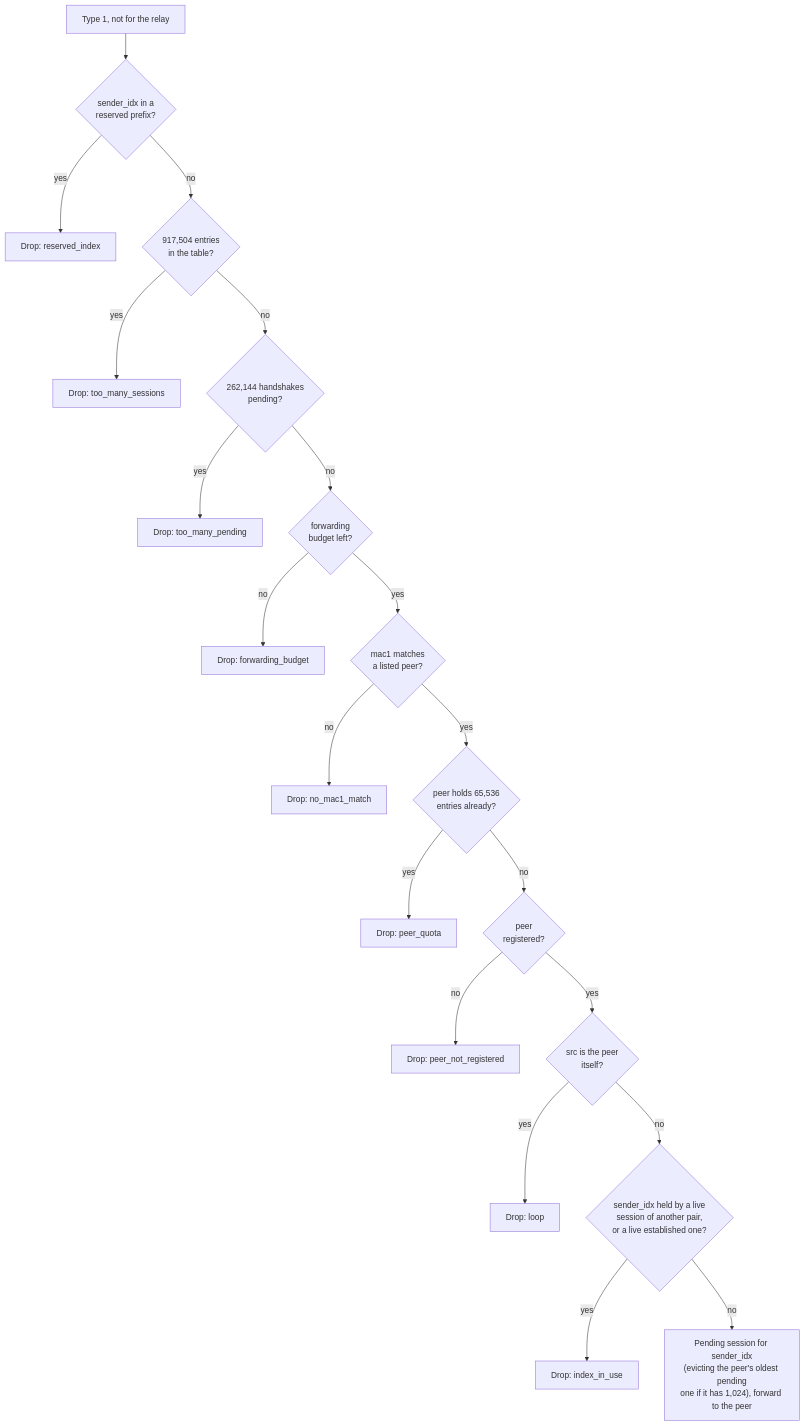
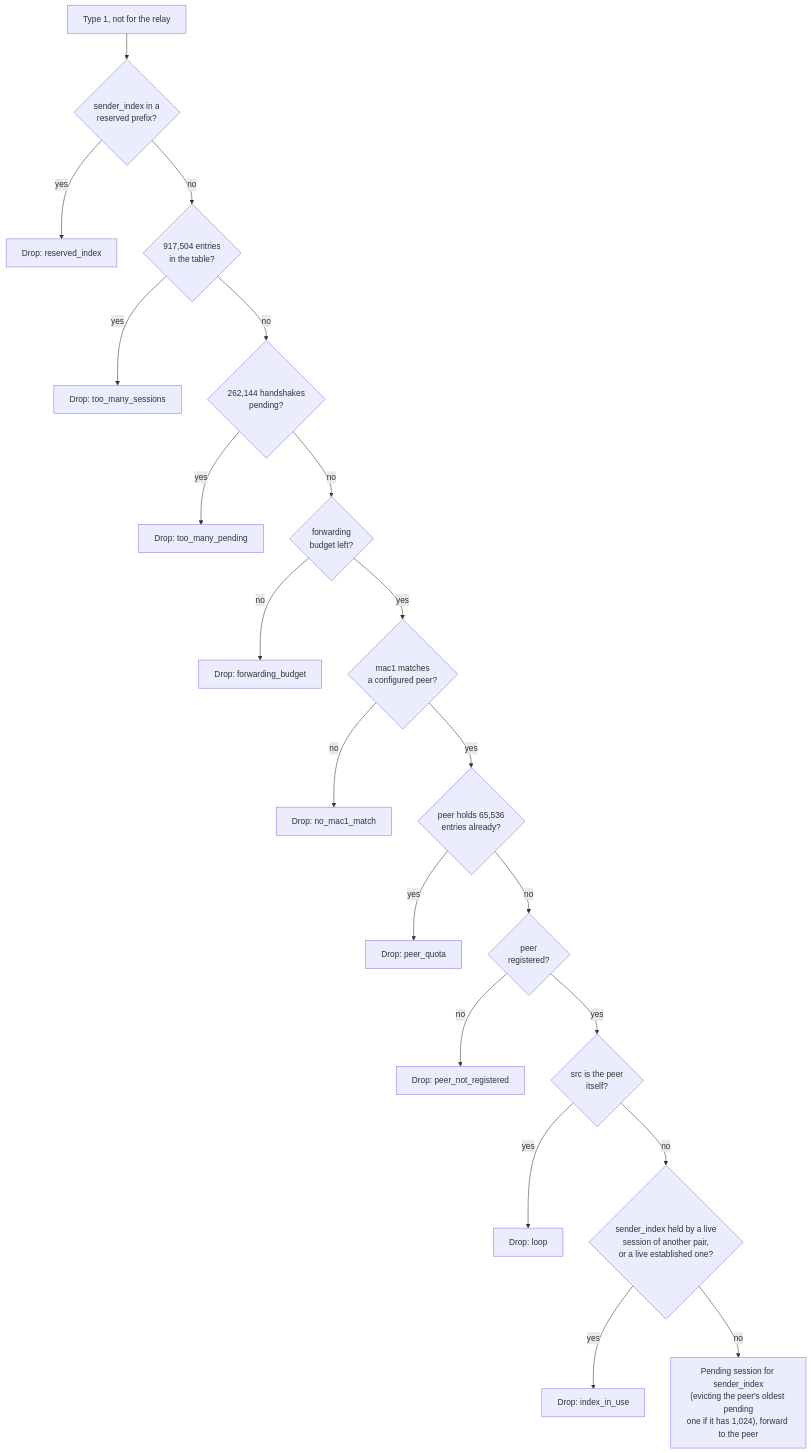
Before and after one commit to 3alpha/wg-relay: diagram 16 of 23 in docs/how-it-works.md, drawn with Mermaid. The commit also changed other lines of this file and 46 other files, not shown here.

````diff
--- a/docs/how-it-works.md
+++ b/docs/how-it-works.md
@@ -582,22 +584,22 @@
 ```mermaid
 flowchart TD
-    A["Type 1, not for the relay"] --> R{"sender_idx in a<br/>reserved prefix?"}
+    A["Type 1, not for the relay"] --> R{"sender_index in a<br/>reserved prefix?"}
     R -- yes --> X0["Drop: reserved_index"]
     R -- no --> F{"917,504 entries<br/>in the table?"}
     F -- yes --> X7["Drop: too_many_sessions"]
     F -- no --> G{"262,144 handshakes<br/>pending?"}
     G -- yes --> X5["Drop: too_many_pending"]
     G -- no --> BG{"forwarding<br/>budget left?"}
     BG -- no --> X6["Drop: forwarding_budget"]
-    BG -- yes --> B{"mac1 matches<br/>a listed peer?"}
+    BG -- yes --> B{"mac1 matches<br/>a configured peer?"}
     B -- no --> X1["Drop: no_mac1_match"]
     B -- yes --> Q{"peer holds 65,536<br/>entries already?"}
     Q -- yes --> X8["Drop: peer_quota"]
     Q -- no --> C{"peer<br/>registered?"}
     C -- no --> X2["Drop: peer_not_registered"]
     C -- yes --> L{"src is the peer<br/>itself?"}
     L -- yes --> X3["Drop: loop"]
-    L -- no --> U{"sender_idx held by a live<br/>session of another pair,<br/>or a live established one?"}
+    L -- no --> U{"sender_index held by a live<br/>session of another pair,<br/>or a live established one?"}
     U -- yes --> X4["Drop: index_in_use"]
-    U -- no --> OK["Pending session for sender_idx<br/>(evicting the peer's oldest pending<br/>one if it has 1,024), forward to the peer"]
+    U -- no --> OK["Pending session for sender_index<br/>(evicting the peer's oldest pending<br/>one if it has 1,024), forward to the peer"]
 ```
````
